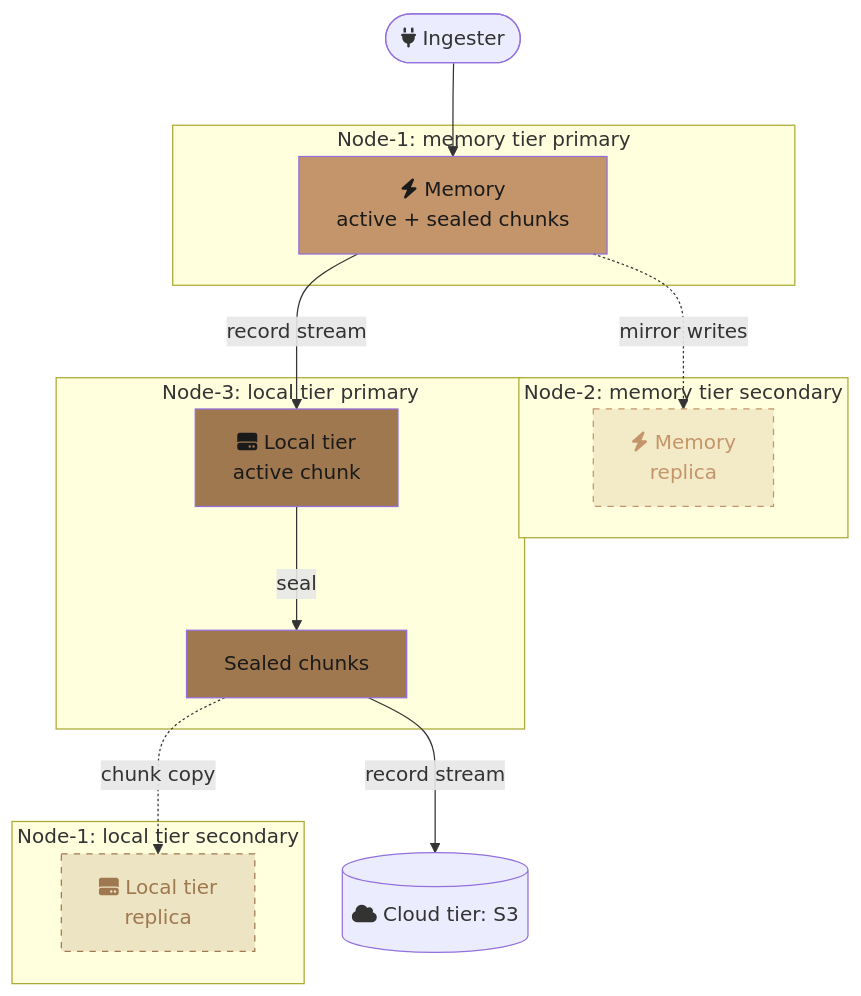
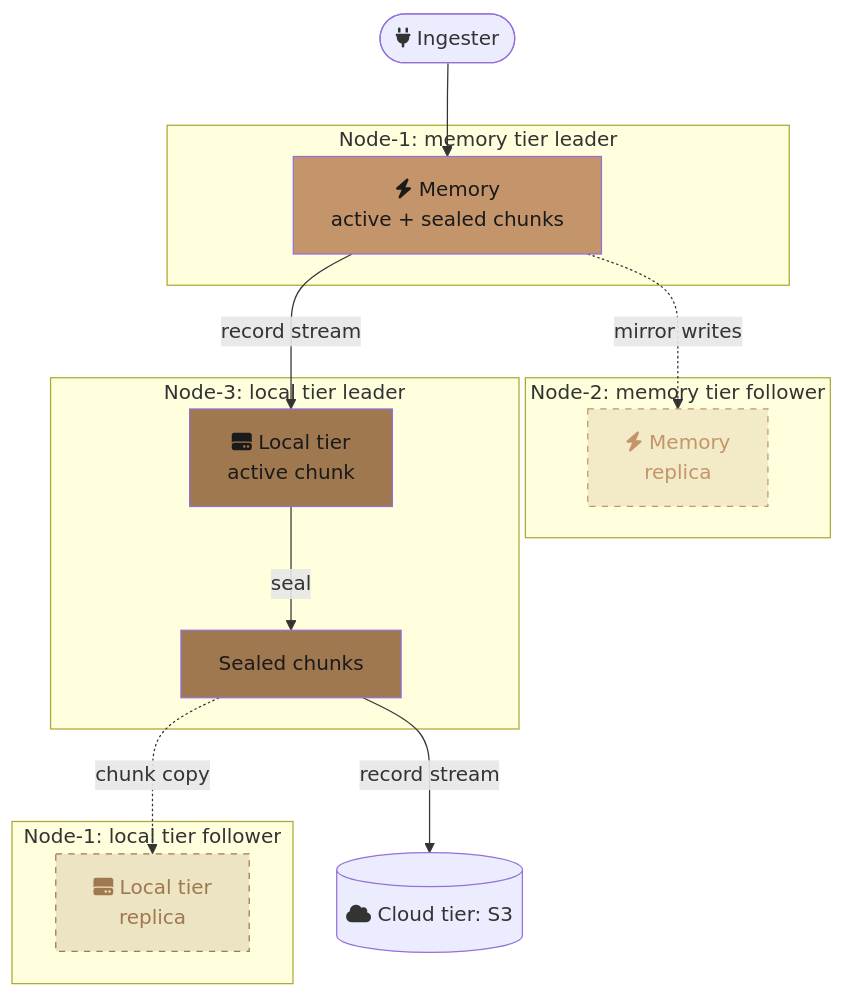
One commit to kluzzebass/gastrolog changed the third of 5 diagrams in docs/vision.md. Above: the diagram before and after it, drawn with Mermaid. The commit also changed other lines of this file, not shown here.

First line of the commit message:
docs: update vision doc — leader/follower nomenclature, resolve Raft design question

````diff
--- a/docs/vision.md
+++ b/docs/vision.md
@@ -190,31 +188,31 @@
 ```mermaid
 flowchart TB
     I([fa:fa-plug Ingester]) --> M
 
-    subgraph node1mem [Node-1: memory tier primary]
+    subgraph node1mem [Node-1: memory tier leader]
         M[fa:fa-bolt Memory<br/>active + sealed chunks]
     end
 
-    subgraph node2mem [Node-2: memory tier secondary]
+    subgraph node2mem [Node-2: memory tier follower]
         MR[fa:fa-bolt Memory<br/>replica]
     end
 
-    subgraph node3local [Node-3: local tier primary]
+    subgraph node3local [Node-3: local tier leader]
         L[fa:fa-hard-drive Local tier<br/>active chunk] -->|seal| LS[Sealed chunks]
     end
 
-    subgraph node1local [Node-1: local tier secondary]
+    subgraph node1local [Node-1: local tier follower]
         LR[fa:fa-hard-drive Local tier<br/>replica]
     end
 
     M -.->|mirror writes| MR
     M -->|record stream| L
     LS -->|record stream| CS[(fa:fa-cloud Cloud tier: S3)]
     LS -.->|chunk copy| LR
 
     style M fill:#c4956a,color:#1a1a1a
     style L fill:#a07850,color:#1a1a1a
     style LS fill:#a07850,color:#1a1a1a
     style MR fill:#c4956a33,color:#c4956a,stroke:#c4956a,stroke-dasharray:5
     style LR fill:#a0785033,color:#a07850,stroke:#a07850,stroke-dasharray:5
 ```
````
